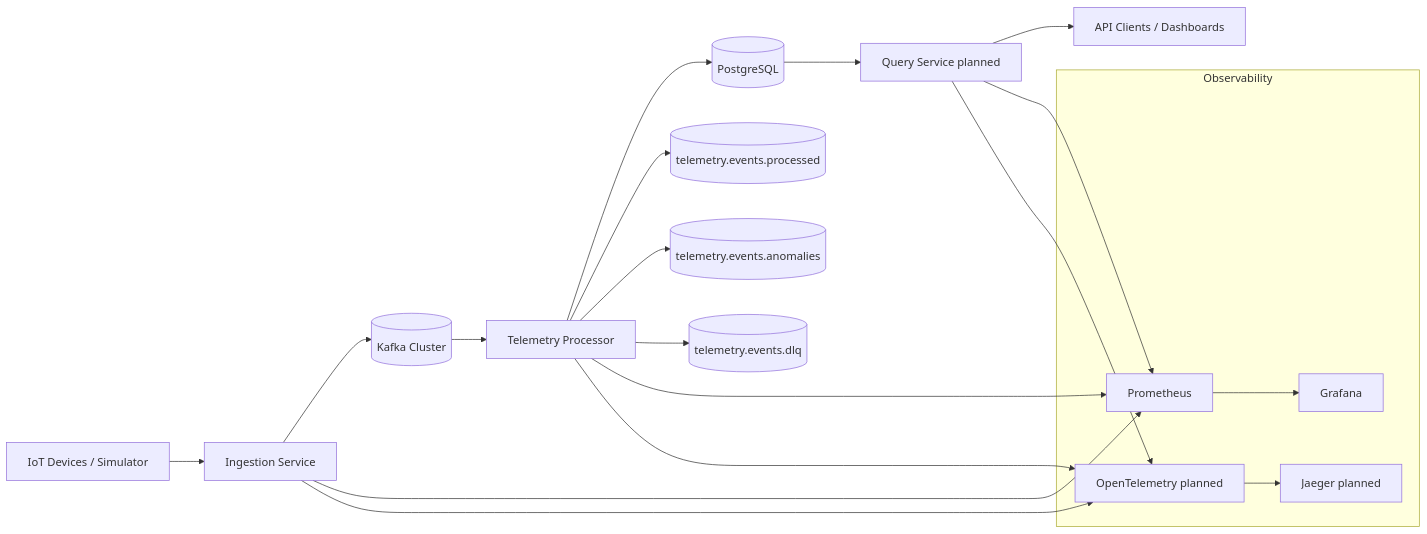
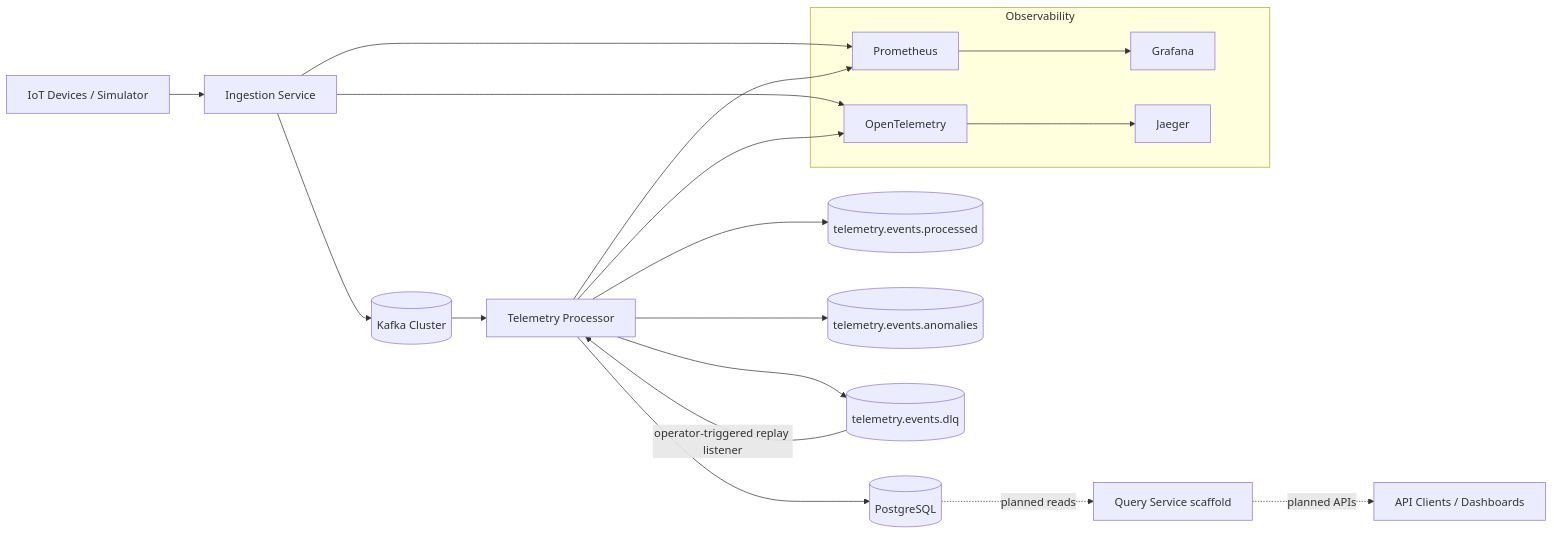
One commit to ME-Massine/pulsestream changed the second of 4 diagrams in docs/architecture/c4-model.md. Above: the diagram before and after it, drawn with Mermaid. The commit also changed other lines of this file and 12 other files, not shown here.

First line of the commit message:
docs: synchronize roadmap, project state, and diagrams for Phase 7 (#261) (#302)

````diff
--- a/docs/architecture/c4-model.md
+++ b/docs/architecture/c4-model.md
@@ -60,32 +60,31 @@
 ```mermaid
 flowchart LR
     A[IoT Devices / Simulator] --> B[Ingestion Service]
     B --> C[(Kafka Cluster)]
 
     C --> D[Telemetry Processor]
     D --> E[(PostgreSQL)]
-    E --> F[Query Service planned]
-    F --> G[API Clients / Dashboards]
+    E -.->|planned reads| F[Query Service scaffold]
+    F -.->|planned APIs| G[API Clients / Dashboards]
 
     D --> H[(telemetry.events.processed)]
     D --> I[(telemetry.events.anomalies)]
     D --> J[(telemetry.events.dlq)]
+    J -->|operator-triggered replay listener| D
 
     subgraph Observability
         K[Prometheus]
         L[Grafana]
-        M[OpenTelemetry planned]
-        N[Jaeger planned]
+        M[OpenTelemetry]
+        N[Jaeger]
     end
 
     B --> K
     D --> K
-    F --> K
 
     B --> M
     D --> M
-    F --> M
 
     M --> N
     K --> L
 ```
````
